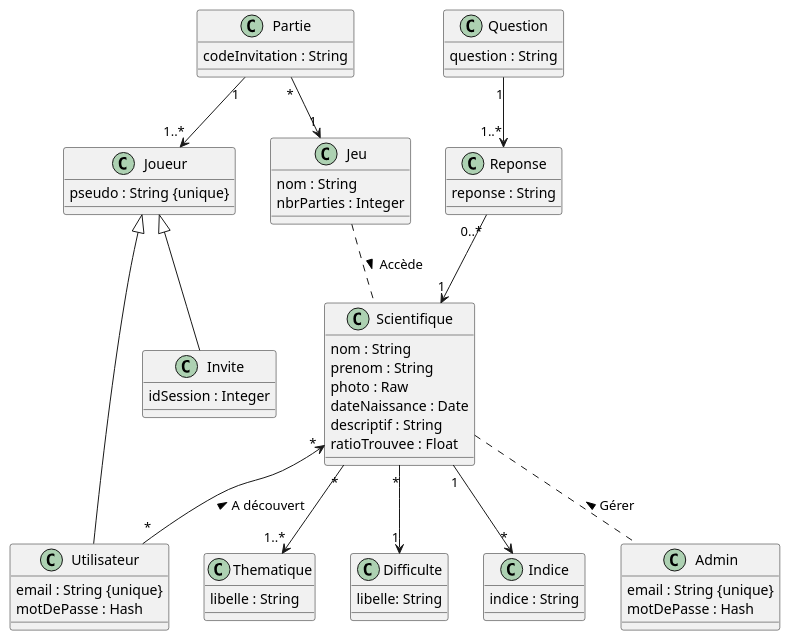
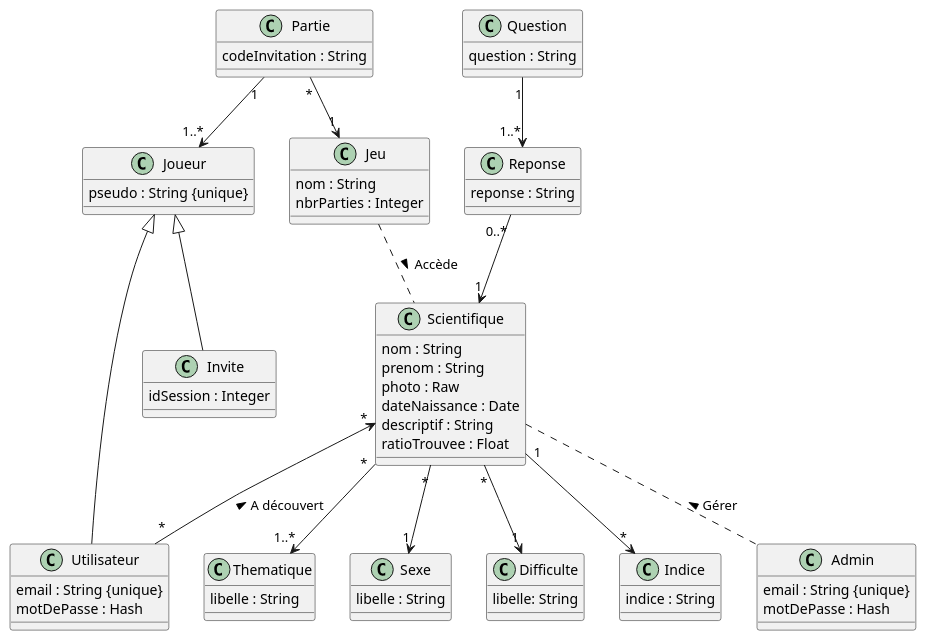
One commit to JdAlix/ScienceQuest changed the diagram in project/Docs/classe/classDiagram.md. Above: the diagram before and after it, drawn with PlantUML. The commit also changed 3 other files, not shown here.

```diff
--- a/project/Docs/classe/classDiagram.md
+++ b/project/Docs/classe/classDiagram.md
@@ -15,6 +15,10 @@
     libelle : String
 }
 
+class Sexe{
+    libelle : String
+}
+
 class "Difficulte"{
     libelle: String
 }
@@ -24,6 +28,7 @@
 }
 
 Scientifique "*" --> "1..*" Thematique
+Scientifique "*" --> "1" Sexe
 Scientifique "*" --> "1" "Difficulte"
 Scientifique "*" <-- "*"Utilisateur : A découvert <
 Scientifique .. Admin : Gérer <
```
